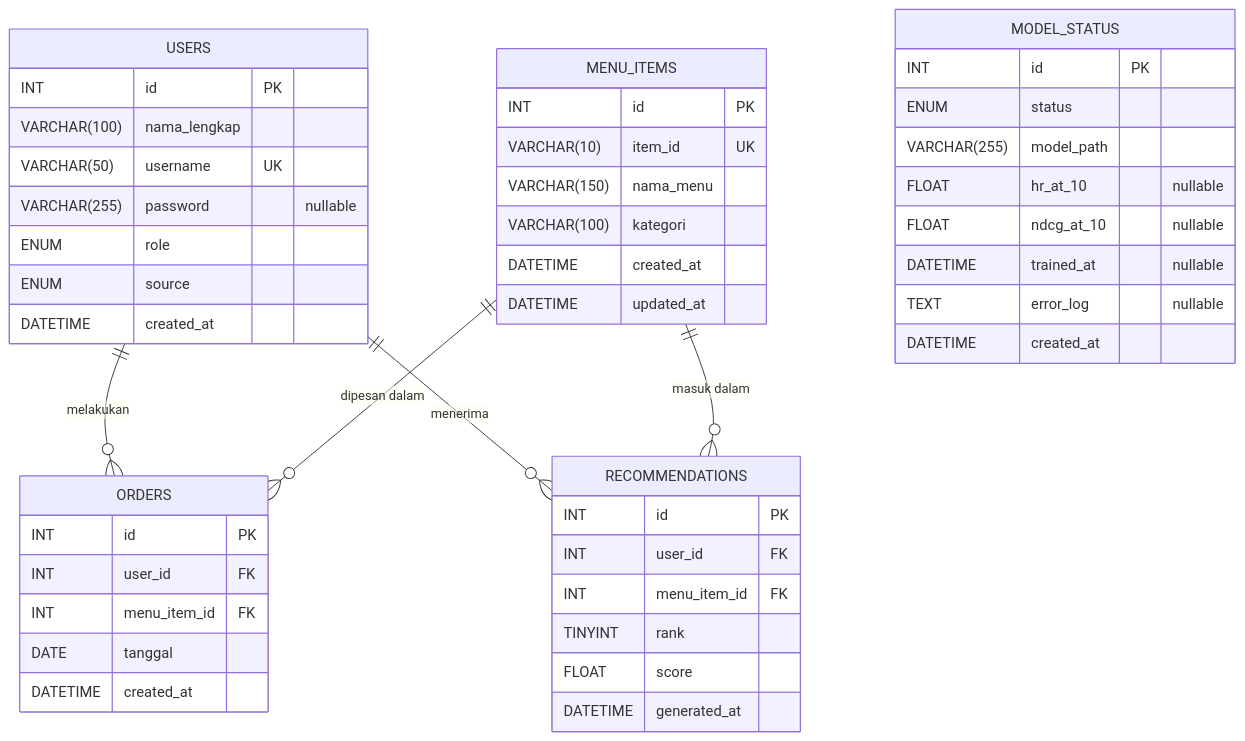
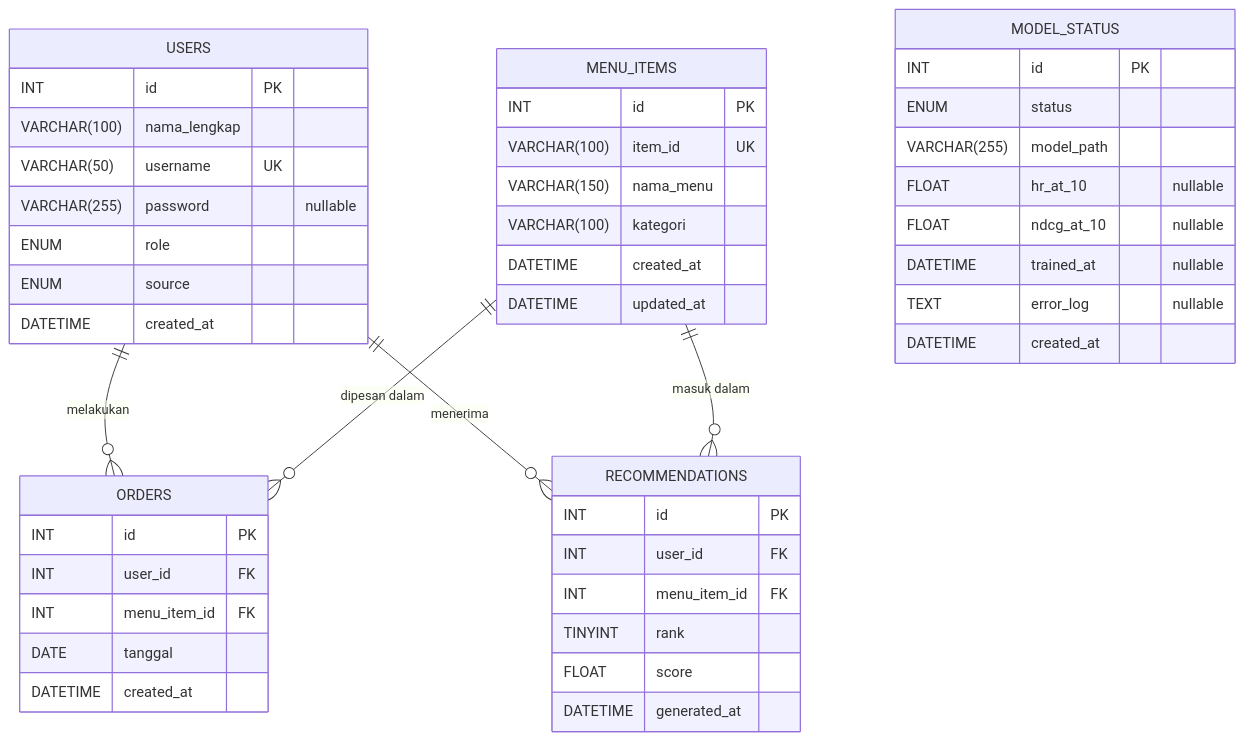
One commit to ikhsanrffli/sakkabase-NCF changed the first of 2 diagrams in docs/perancangan-database.md. Above: the diagram before and after it, drawn with Mermaid. The commit also changed other lines of this file, not shown here.

First line of the commit message:
fix: sinkronisasi docs item_id VARCHAR(10) → VARCHAR(100)

````diff
--- a/docs/perancangan-database.md
+++ b/docs/perancangan-database.md
@@ -60,54 +60,54 @@
 ```mermaid
 erDiagram
     USERS {
         INT id PK
         VARCHAR(100) nama_lengkap
         VARCHAR(50) username UK
         VARCHAR(255) password "nullable"
         ENUM role
         ENUM source
         DATETIME created_at
     }
 
     MENU_ITEMS {
         INT id PK
-        VARCHAR(10) item_id UK
+        VARCHAR(100) item_id UK
         VARCHAR(150) nama_menu
         VARCHAR(100) kategori
         DATETIME created_at
         DATETIME updated_at
     }
 
     ORDERS {
         INT id PK
         INT user_id FK
         INT menu_item_id FK
         DATE tanggal
         DATETIME created_at
     }
 
     RECOMMENDATIONS {
         INT id PK
         INT user_id FK
         INT menu_item_id FK
         TINYINT rank
         FLOAT score
         DATETIME generated_at
     }
 
     MODEL_STATUS {
         INT id PK
         ENUM status
         VARCHAR(255) model_path
         FLOAT hr_at_10 "nullable"
         FLOAT ndcg_at_10 "nullable"
         DATETIME trained_at "nullable"
         TEXT error_log "nullable"
         DATETIME created_at
     }
 
     USERS ||--o{ ORDERS : "melakukan"
     MENU_ITEMS ||--o{ ORDERS : "dipesan dalam"
     USERS ||--o{ RECOMMENDATIONS : "menerima"
     MENU_ITEMS ||--o{ RECOMMENDATIONS : "masuk dalam"
 ```
````
